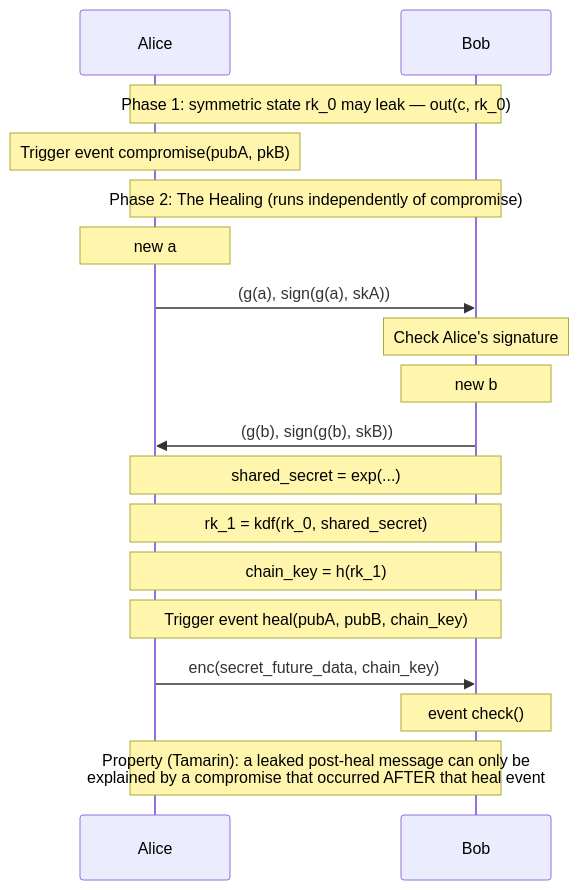
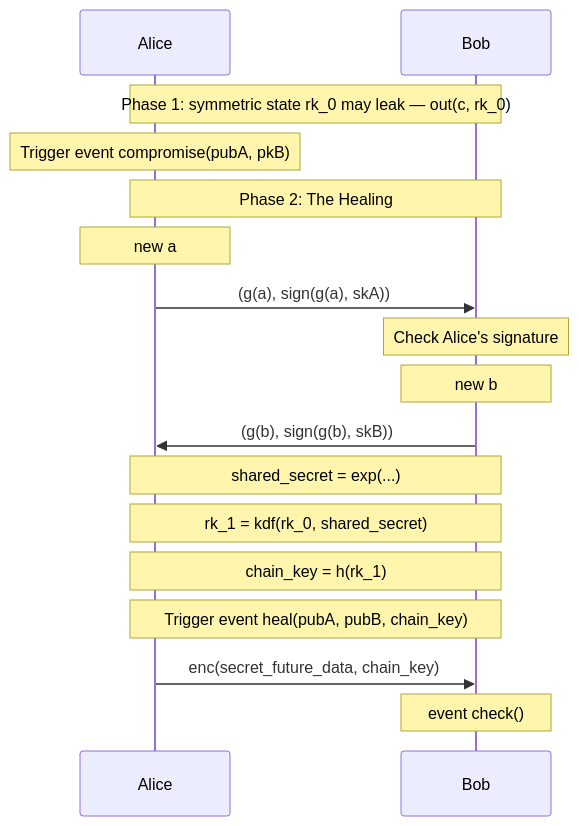
The diagram in SecurityProperties/Confidentiality/Post-compromiseSecurity/PostCompromiseSecurity.md (leonardtudorache/An-Executable-Taxonomy-of-Security-Properties-for-ProVerif-and-Tamarin), drawn with Mermaid before and after one commit. The commit also changed 13 other files, not shown here.

Commit message:
Update visualizations and check diagrams

````diff
--- a/SecurityProperties/Confidentiality/Post-compromiseSecurity/PostCompromiseSecurity.md
+++ b/SecurityProperties/Confidentiality/Post-compromiseSecurity/PostCompromiseSecurity.md
@@ -1,26 +1,24 @@
 ```mermaid
 sequenceDiagram
     participant A as Alice
     participant B as Bob
 
     Note over A, B: Phase 1: symmetric state rk_0 may leak — out(c, rk_0)
     Note over A: Trigger event compromise(pubA, pkB)
 
-    Note over A, B: Phase 2: The Healing (runs independently of compromise)
+    Note over A, B: Phase 2: The Healing
     Note over A: new a
     A->>B: (g(a), sign(g(a), skA))
 
     Note over B: Check Alice's signature
     Note over B: new b
     B->>A: (g(b), sign(g(b), skB))
 
     Note over A, B: shared_secret = exp(...)
     Note over A, B: rk_1 = kdf(rk_0, shared_secret)
     Note over A, B: chain_key = h(rk_1)
     Note over A, B: Trigger event heal(pubA, pubB, chain_key)
 
     A->>B: enc(secret_future_data, chain_key)
     Note over B: event check()
-
-    Note over A, B: Property (Tamarin): a leaked post-heal message can only be<br/>explained by a compromise that occurred AFTER that heal event
 ```
````
